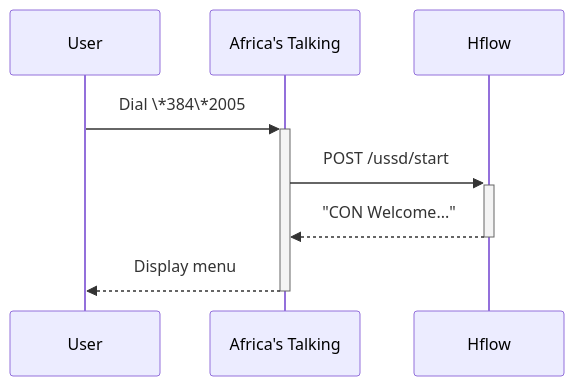
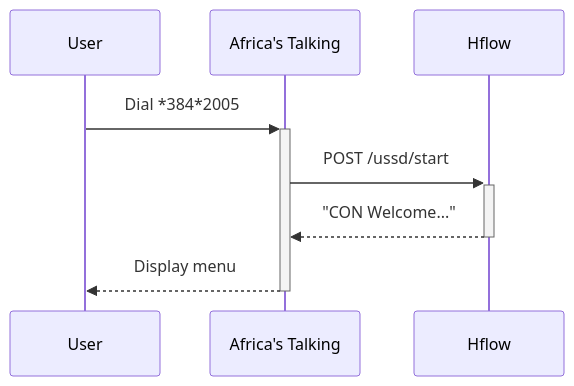
One commit to Modexia-Tech/hflow changed the second of 5 diagrams in docs/ARCHITECTURE.MD. Above: the diagram before and after it, drawn with Mermaid. The commit also changed other lines of this file, not shown here.

````diff
--- a/docs/ARCHITECTURE.MD
+++ b/docs/ARCHITECTURE.MD
@@ -24,7 +24,7 @@
   ```mermaid
   sequenceDiagram
-      User->>+Africa's Talking: Dial \*384\*2005#
+      User->>+Africa's Talking: Dial *384*2005#
       Africa's Talking->>+Hflow: POST /ussd/start
       Hflow-->>-Africa's Talking: "CON Welcome..."
       Africa's Talking-->>-User: Display menu
   ```
````
